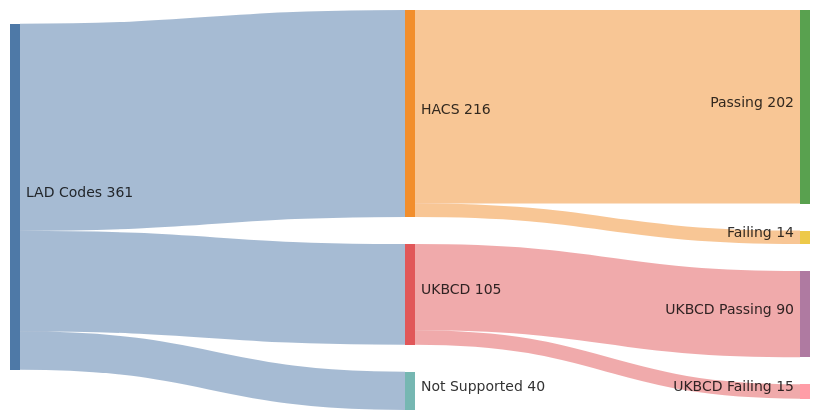
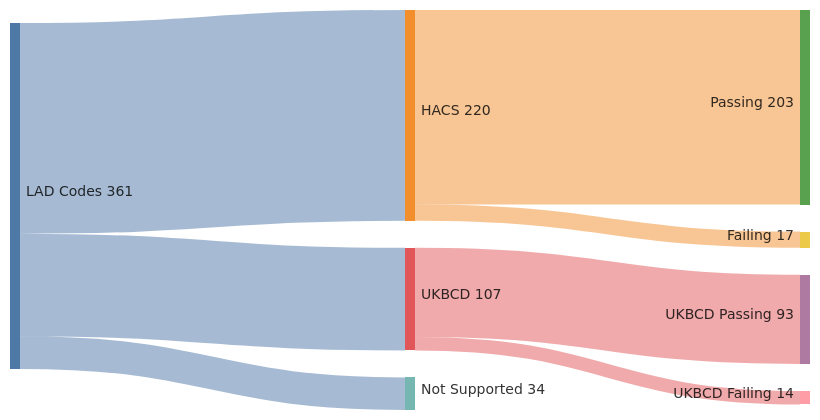
Before and after one commit to cmbsteinberg/bins: the diagram in README.md, drawn with Mermaid. The commit also changed 16 other files, not shown here.

````diff
--- a/README.md
+++ b/README.md
@@ -11,21 +11,21 @@
 ```mermaid
 ---
 config:
   sankey:
     width: 800
     height: 400
     linkColor: source
     nodeAlignment: left
 ---
 sankey-beta
 
-"LAD Codes","HACS",216
-"LAD Codes","UKBCD",105
-"LAD Codes","Not Supported",40
+"LAD Codes","HACS",220
+"LAD Codes","UKBCD",107
+"LAD Codes","Not Supported",34
 
-"HACS","Passing",202
-"HACS","Failing",14
+"HACS","Passing",203
+"HACS","Failing",17
 
-"UKBCD","UKBCD Passing",90
-"UKBCD","UKBCD Failing",15
+"UKBCD","UKBCD Passing",93
+"UKBCD","UKBCD Failing",14
 ```
````
